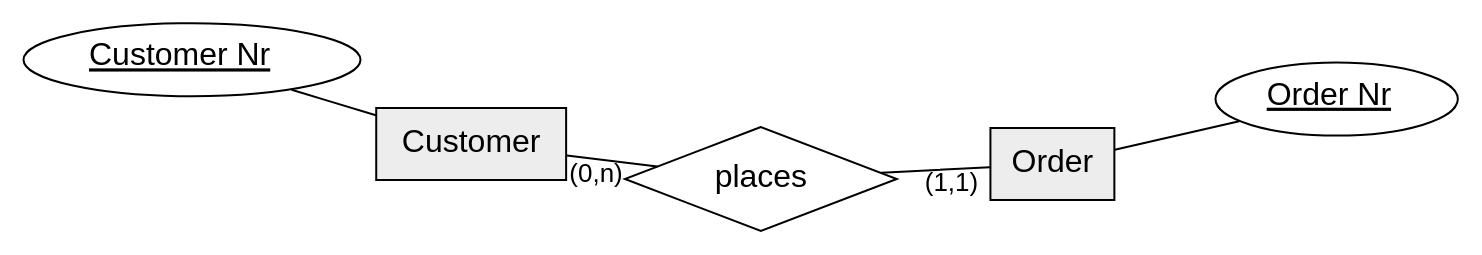
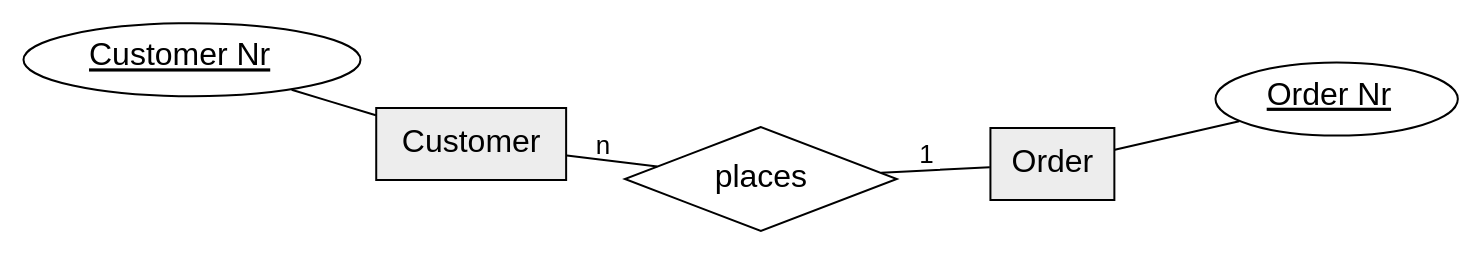
The diagram in DBI/3xHIF/Data_Modeling/02_ERM_Fundamentals/dot/cardinality-1ton.dot (mfreimueller/lectures), drawn with Graphviz before and after one commit. The commit also changed 5 other files, not shown here.

Commit message:
DBI/3xHIF: changes to ERM diagrams to use simplistic cardinality

```diff
--- a/DBI/3xHIF/Data_Modeling/02_ERM_Fundamentals/dot/cardinality-1ton.dot
+++ b/DBI/3xHIF/Data_Modeling/02_ERM_Fundamentals/dot/cardinality-1ton.dot
@@ -1,19 +1,19 @@
 graph Cardinality1toN {
     layout=neato;
     overlap=false;
     splines=line;
     node [fontname="Helvetica", fontsize=16];
     edge [fontname="Helvetica", fontsize=13];
 
     Customer [shape=box, style=filled, fillcolor="#EDEDED"];
     Order [shape=box, style=filled, fillcolor="#EDEDED"];
     places [shape=diamond, style=filled, fillcolor="white", label="places"];
 
     Customer_Nr [shape=ellipse, label=<<u>Customer Nr</u>>];
     Order_Nr [shape=ellipse, label=<<u>Order Nr</u>>];
 
     Customer -- Customer_Nr;
     Order -- Order_Nr;
-    Customer -- places [label="(0,n)"];
-    places -- Order [label="(1,1)"];
+    Customer -- places [label="n"];
+    places -- Order [label="1"];
 }
```
